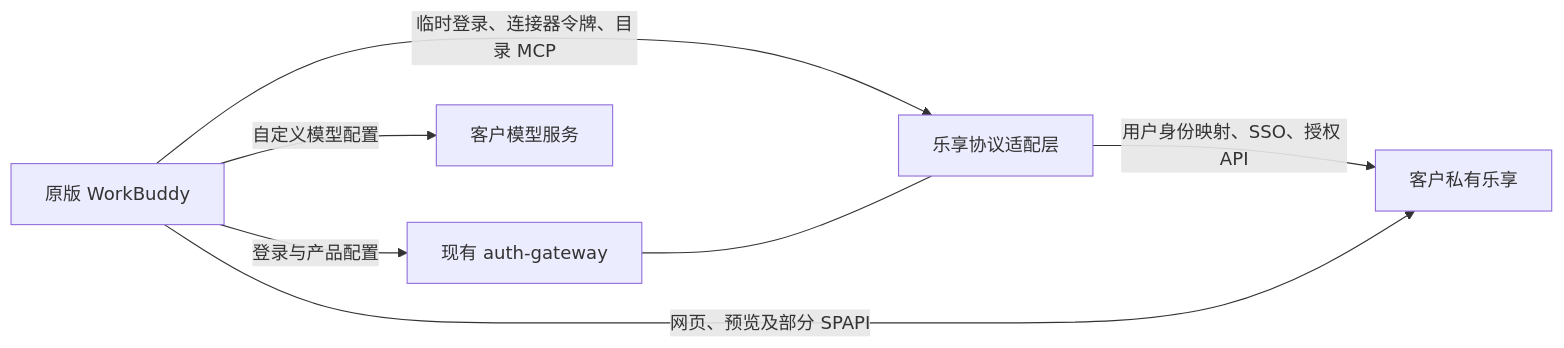
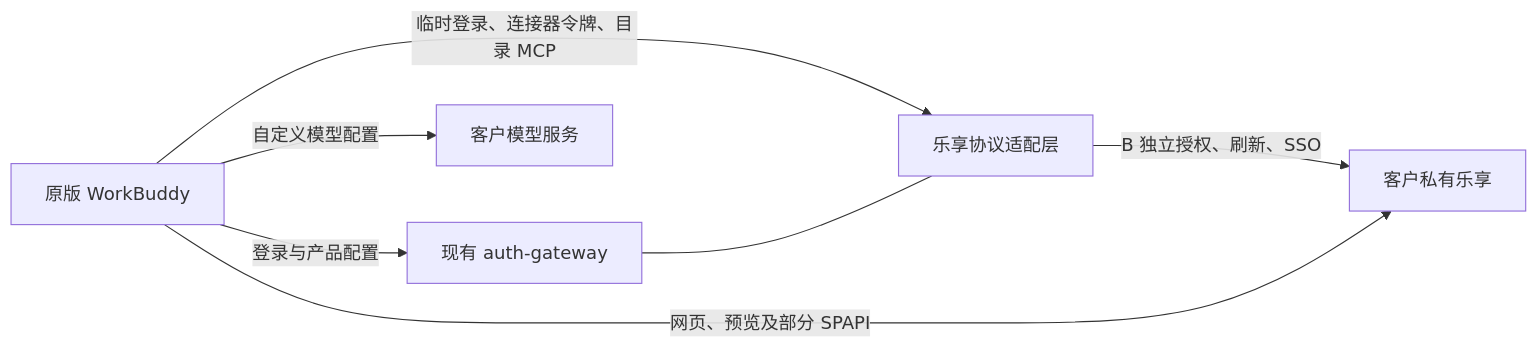
One commit to huahua1986/wb-hack changed the diagram in docs/lexiang-private-integration.md. Above: the diagram before and after it, drawn with Mermaid. The commit also changed other lines of this file and 18 other files, not shown here.

````diff
--- a/docs/lexiang-private-integration.md
+++ b/docs/lexiang-private-integration.md
@@ -38,9 +38,9 @@
 ```mermaid
 flowchart LR
     W[原版 WorkBuddy] -->|登录与产品配置| G[现有 auth-gateway]
     W -->|临时登录、连接器令牌、目录 MCP| A[乐享协议适配层]
     G --- A
-    A -->|用户身份映射、SSO、授权 API| L[客户私有乐享]
+    A -->|B 独立授权、刷新、SSO| L[客户私有乐享]
     W -->|网页、预览及部分 SPAPI| L
     W -->|自定义模型配置| M[客户模型服务]
 ```
````
